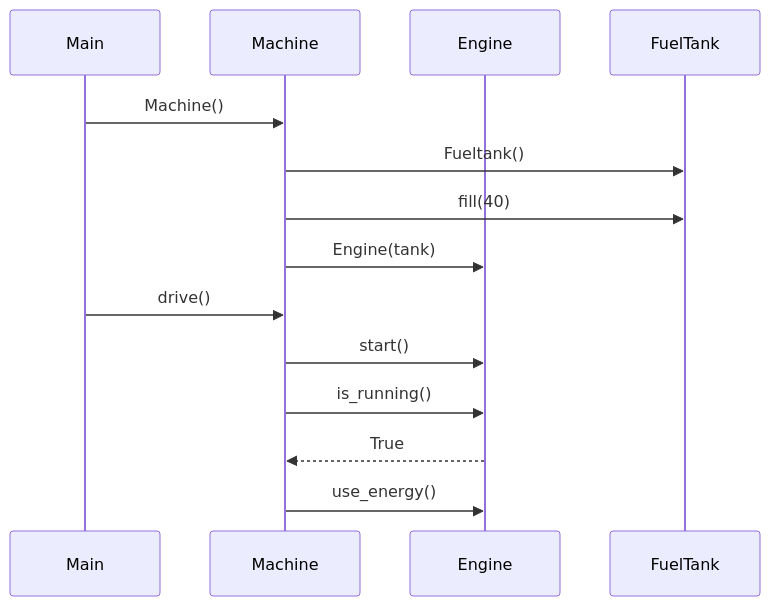
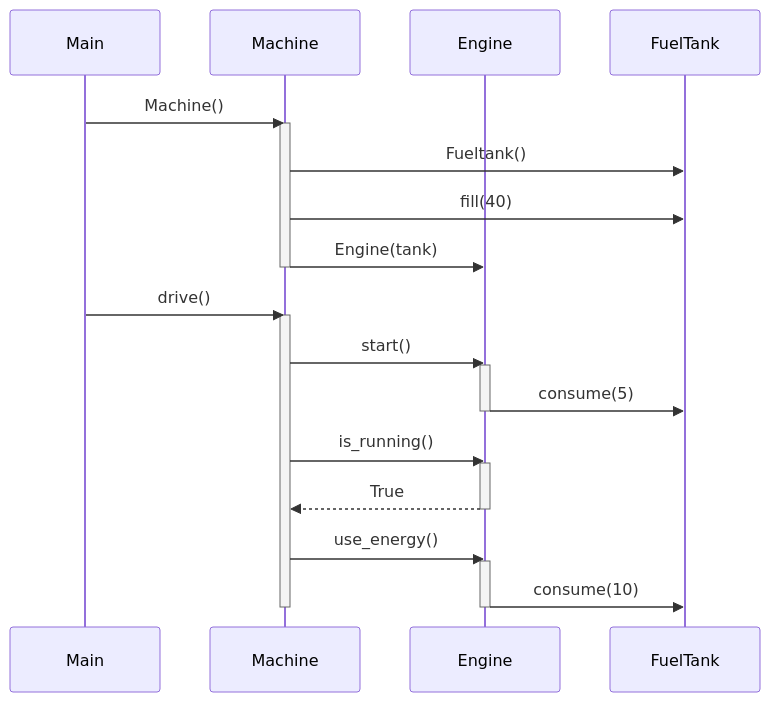
The diagram in laskarit/viikko3/sequenceDiagram_task_3.md (heidi-holappa/ot-harjoitustyo), drawn with Mermaid before and after one commit. The commit also changed other lines of this file and 3 other files, not shown here.

````diff
--- a/laskarit/viikko3/sequenceDiagram_task_3.md
+++ b/laskarit/viikko3/sequenceDiagram_task_3.md
@@ -2,16 +3,28 @@
 ```mermaid
 sequenceDiagram
   participant Main
   participant Machine
   participant Engine
   participant FuelTank
   Main->>Machine: Machine()
+  activate Machine
   Machine->>FuelTank: Fueltank()
   Machine->>FuelTank: fill(40)
   Machine->>Engine: Engine(tank)
+  deactivate Machine
   Main->>Machine: drive()
+  activate Machine
   Machine->>Engine: start()
+  activate Engine
+  Engine ->> FuelTank: consume(5)
+  deactivate Engine
   Machine->>Engine: is_running()
+  activate Engine
   Engine-->>Machine: True
+  deactivate Engine
   Machine->>Engine: use_energy()
+  activate Engine
+  Engine->>FuelTank: consume(10)
+  deactivate Engine
+  deactivate Machine
 ```
````
